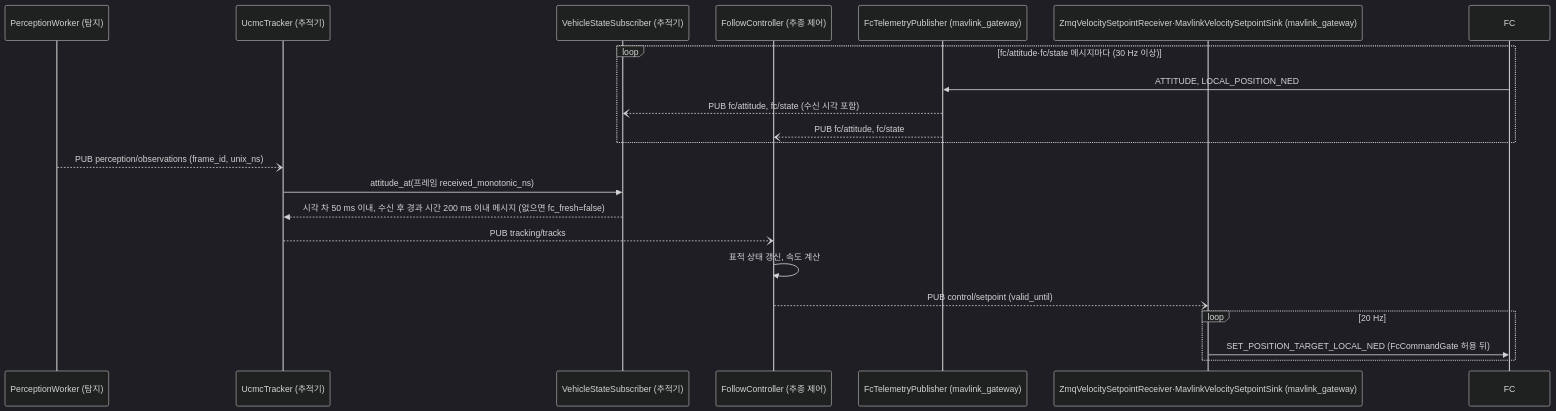
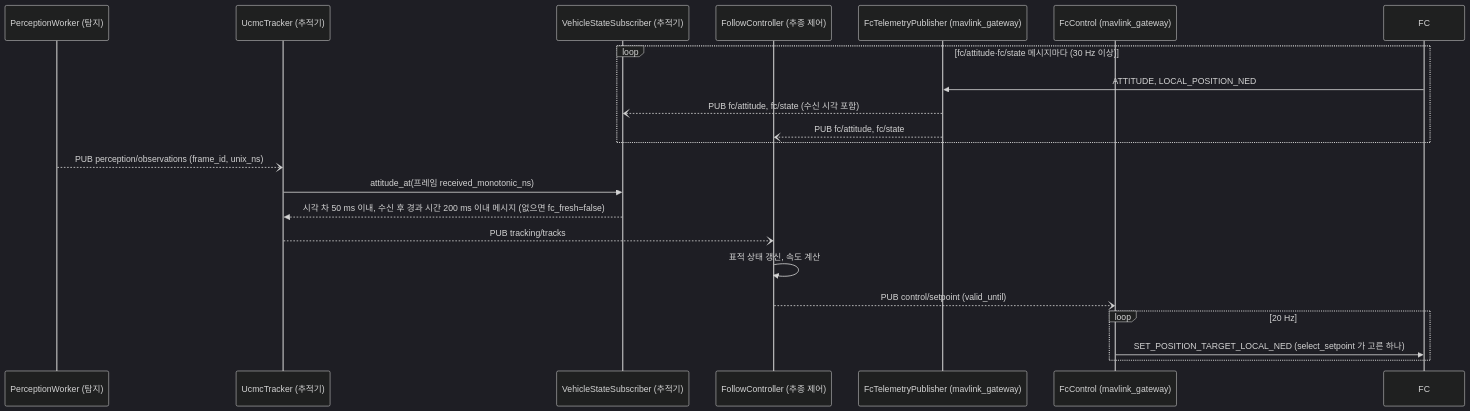
One commit to lig-argus/argus-edge-vision changed the second of 4 diagrams in docs/design/uml/sequence.md. Above: the diagram before and after it, drawn with Mermaid (dark theme). The commit also changed other lines of this file and 38 other files, not shown here.

First line of the commit message:
feat(onboard): FC 로의 Offboard 진입 명령과 setpoint 송신 추가 (FcControl) (#89)

````diff
--- a/docs/design/uml/sequence.md
+++ b/docs/design/uml/sequence.md
@@ -58,25 +58,25 @@
 ```mermaid
 sequenceDiagram
     participant vis as PerceptionWorker (탐지)
     participant trk as UcmcTracker (추적기)
     participant vss as VehicleStateSubscriber (추적기)
     participant ctl as FollowController (추종 제어)
     participant fct as FcTelemetryPublisher (mavlink_gateway)
-    participant spr as ZmqVelocitySetpointReceiver·MavlinkVelocitySetpointSink (mavlink_gateway)
+    participant spr as FcControl (mavlink_gateway)
     participant fc as FC
 
     loop fc/attitude·fc/state 메시지마다 (30 Hz 이상)
         fc->>fct: ATTITUDE, LOCAL_POSITION_NED
         fct--)vss: PUB fc/attitude, fc/state (수신 시각 포함)
         fct--)ctl: PUB fc/attitude, fc/state
     end
     vis--)trk: PUB perception/observations (frame_id, unix_ns)
     trk->>vss: attitude_at(프레임 received_monotonic_ns)
     vss-->>trk: 시각 차 50 ms 이내, 수신 후 경과 시간 200 ms 이내 메시지 (없으면 fc_fresh=false)
     trk--)ctl: PUB tracking/tracks
     ctl->>ctl: 표적 상태 갱신, 속도 계산
     ctl--)spr: PUB control/setpoint (valid_until)
     loop 20 Hz
-        spr->>fc: SET_POSITION_TARGET_LOCAL_NED (FcCommandGate 허용 뒤)
+        spr->>fc: SET_POSITION_TARGET_LOCAL_NED (select_setpoint 가 고른 하나)
     end
 ```
````
